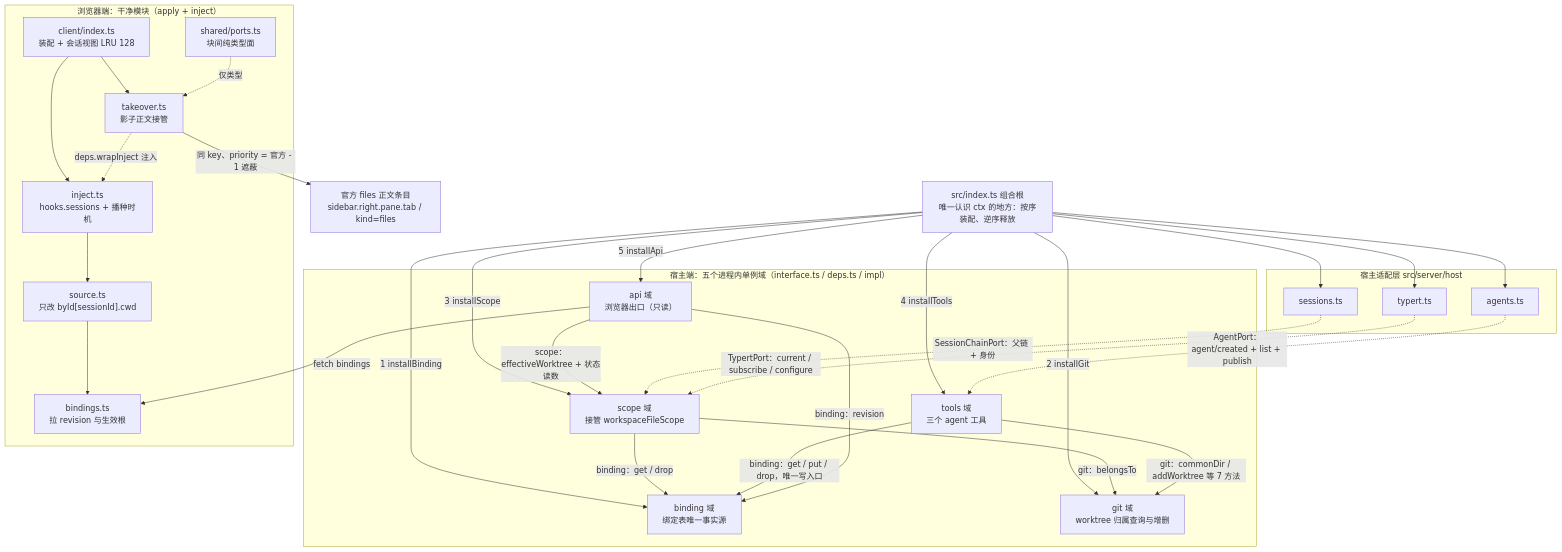
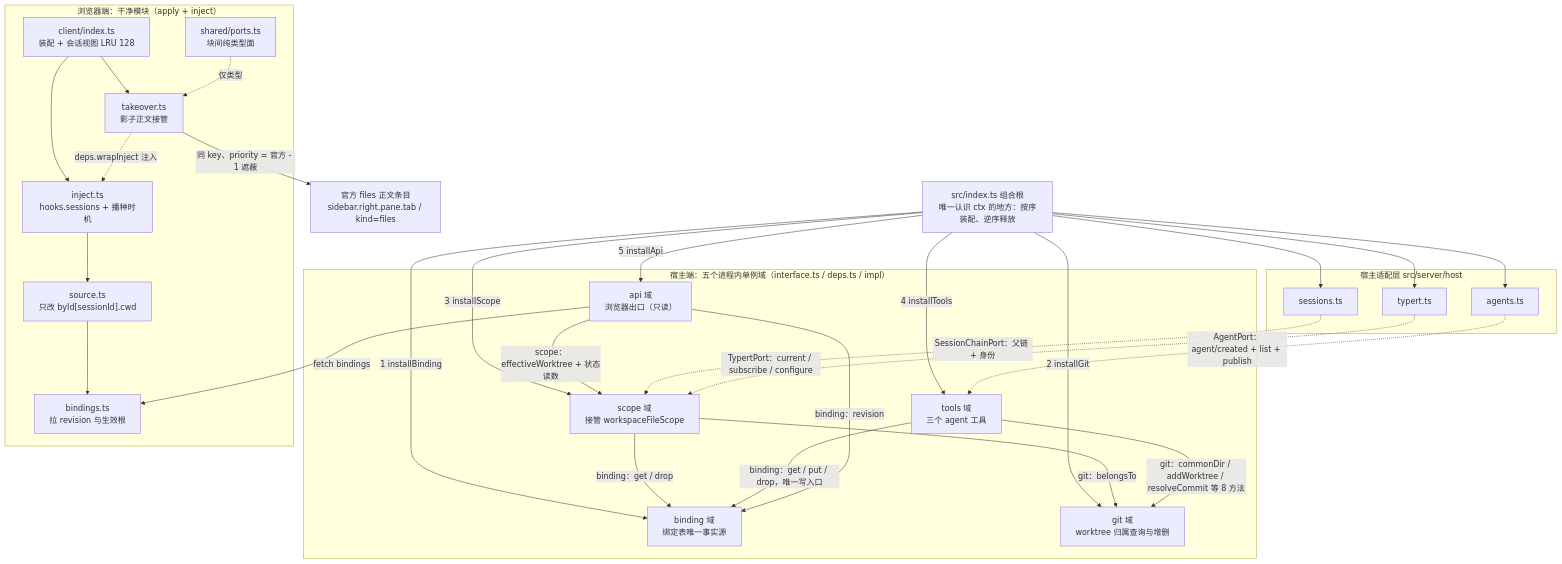
Before and after one commit to wingsky-1/dsh-plugin-hub: the second of 4 diagrams in docs/architecture/dsh-worktree-sidebar.md, drawn with Mermaid. The commit also changed other lines of this file and 2 other files, not shown here.

Commit message:
docs(worktree-sidebar): 命门清单补 base 二次解析命门 + 行号/图表/README 精度修正

````diff
--- a/docs/architecture/dsh-worktree-sidebar.md
+++ b/docs/architecture/dsh-worktree-sidebar.md
@@ -193,57 +193,57 @@
 ```mermaid
 flowchart TD
     ROOT["src/index.ts 组合根<br/>唯一认识 ctx 的地方：按序装配、逆序释放"]
 
     subgraph HOST["宿主端：五个进程内单例域（interface.ts / deps.ts / impl）"]
         BINDING["binding 域<br/>绑定表唯一事实源"]
         GIT["git 域<br/>worktree 归属查询与增删"]
         SCOPE["scope 域<br/>接管 workspaceFileScope"]
         TOOLS["tools 域<br/>三个 agent 工具"]
         API["api 域<br/>浏览器出口（只读）"]
     end
 
     subgraph ADAPTER["宿主适配层 src/server/host"]
         AD_AG["agents.ts"]
         AD_SE["sessions.ts"]
         AD_TY["typert.ts"]
     end
 
     ROOT -->|"1 installBinding"| BINDING
     ROOT -->|"2 installGit"| GIT
     ROOT -->|"3 installScope"| SCOPE
     ROOT -->|"4 installTools"| TOOLS
     ROOT -->|"5 installApi"| API
 
     SCOPE -->|"binding：get / drop"| BINDING
     SCOPE -->|"git：belongsTo"| GIT
     TOOLS -->|"binding：get / put / drop，唯一写入口"| BINDING
-    TOOLS -->|"git：commonDir / addWorktree 等 7 方法"| GIT
+    TOOLS -->|"git：commonDir / addWorktree / resolveCommit 等 8 方法"| GIT
     API -->|"binding：revision"| BINDING
     API -->|"scope：effectiveWorktree + 状态读数"| SCOPE
 
     ROOT --> AD_AG
     ROOT --> AD_SE
     ROOT --> AD_TY
     AD_AG -.->|"AgentPort：agent/created + list + publish"| TOOLS
     AD_SE -.->|"SessionChainPort：父链 + 身份"| SCOPE
     AD_TY -.->|"TypertPort：current / subscribe / configure"| SCOPE
 
     subgraph CLIENT["浏览器端：干净模块（apply + inject）"]
         C_IDX["client/index.ts<br/>装配 + 会话视图 LRU 128"]
         C_TAKE["takeover.ts<br/>影子正文接管"]
         C_INJ["inject.ts<br/>hooks.sessions + 播种时机"]
         C_SRC["source.ts<br/>只改 byId[sessionId].cwd"]
         C_BIND["bindings.ts<br/>拉 revision 与生效根"]
         C_PORTS["shared/ports.ts<br/>块间纯类型面"]
     end
 
     OFFICIAL["官方 files 正文条目<br/>sidebar.right.pane.tab / kind=files"]
     C_IDX --> C_TAKE
     C_IDX --> C_INJ
     C_TAKE -.->|"deps.wrapInject 注入"| C_INJ
     C_INJ --> C_SRC
     C_SRC --> C_BIND
     C_PORTS -.->|"仅类型"| C_TAKE
     C_TAKE -->|"同 key、priority = 官方 - 1 遮蔽"| OFFICIAL
     API -->|"fetch bindings"| C_BIND
 ```
````
